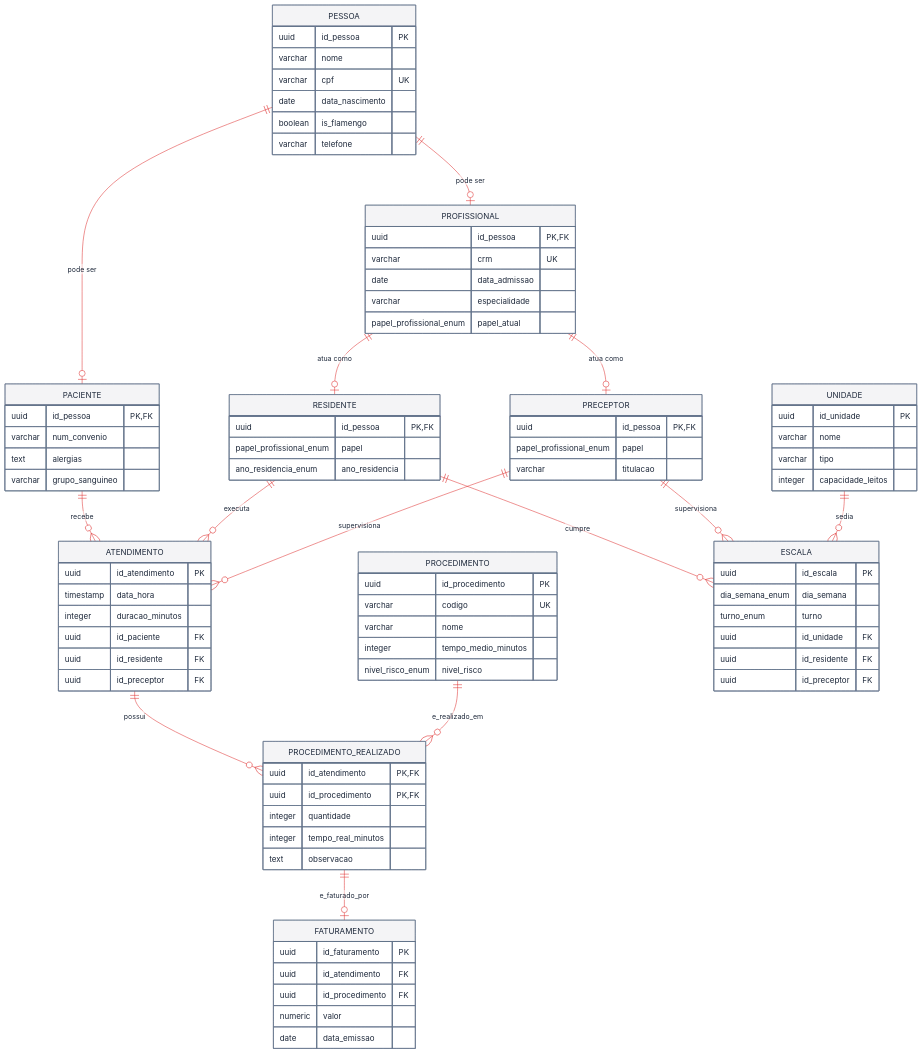
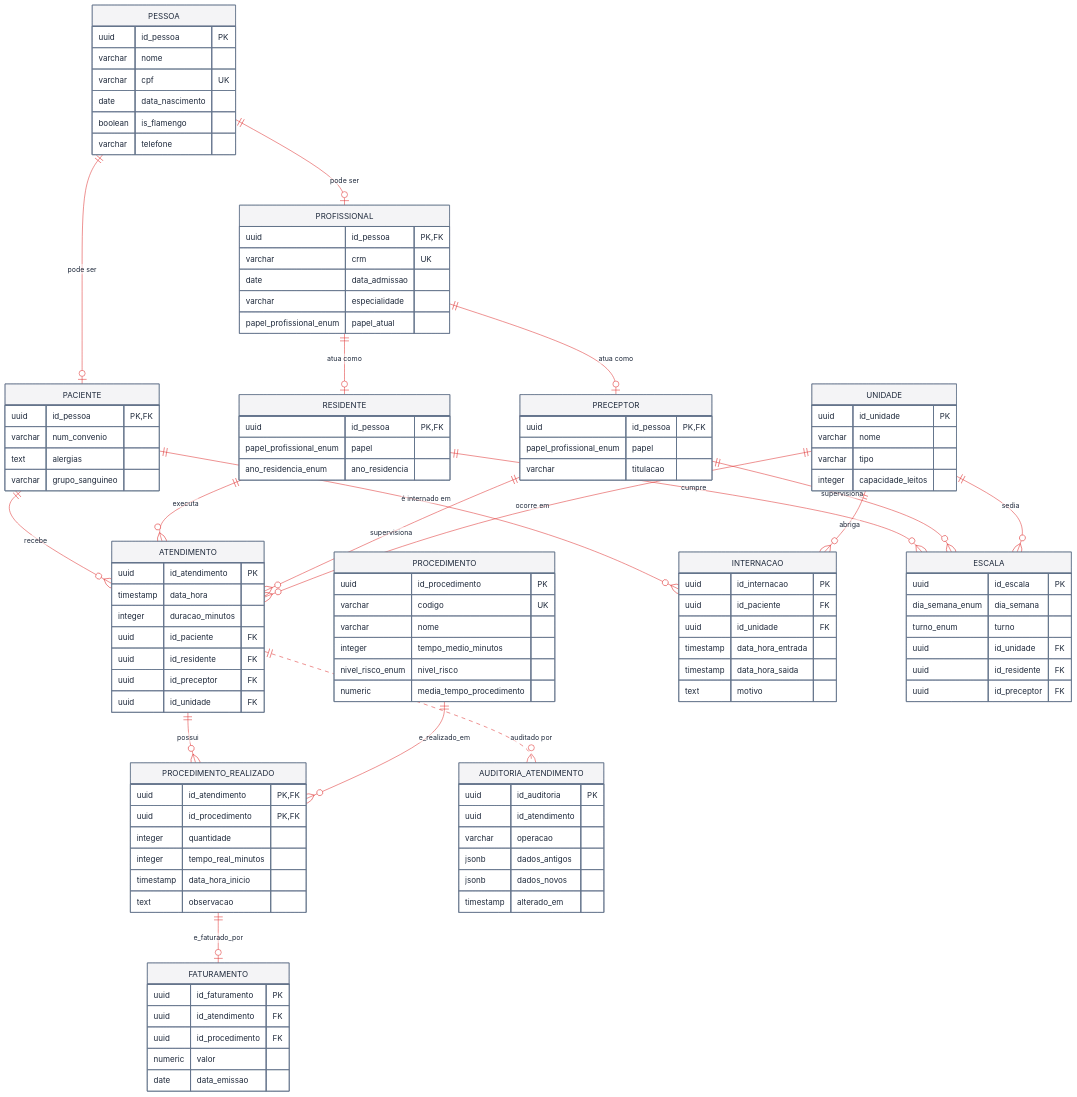
One commit to guilopeszw/hospital-bd changed the diagram in docs/03-modelagem/01-der.md. Above: the diagram before and after it, drawn with Mermaid. The commit also changed other lines of this file and 6 other files, not shown here.

First line of the commit message:
docs(etapa2): documenta procedures, views, triggers, ORM e INTERNACAO

````diff
--- a/docs/03-modelagem/01-der.md
+++ b/docs/03-modelagem/01-der.md
@@ -46,6 +46,7 @@
         uuid id_paciente FK
         uuid id_residente FK
         uuid id_preceptor FK
+        uuid id_unidade FK
     }
 
     PROCEDIMENTO {
@@ -54,6 +55,7 @@
         varchar nome
         integer tempo_medio_minutos
         nivel_risco_enum nivel_risco
+        numeric media_tempo_procedimento
     }
 
     PROCEDIMENTO_REALIZADO {
@@ -61,7 +63,26 @@
         uuid id_procedimento PK, FK
         integer quantidade
         integer tempo_real_minutos
+        timestamp data_hora_inicio
         text observacao
+    }
+
+    INTERNACAO {
+        uuid id_internacao PK
+        uuid id_paciente FK
+        uuid id_unidade FK
+        timestamp data_hora_entrada
+        timestamp data_hora_saida
+        text motivo
+    }
+
+    AUDITORIA_ATENDIMENTO {
+        uuid id_auditoria PK
+        uuid id_atendimento
+        varchar operacao
+        jsonb dados_antigos
+        jsonb dados_novos
+        timestamp alterado_em
     }
 
     FATURAMENTO {
@@ -102,6 +123,7 @@
     PACIENTE ||--o{ ATENDIMENTO : "recebe"
     RESIDENTE ||--o{ ATENDIMENTO : "executa"
     PRECEPTOR ||--o{ ATENDIMENTO : "supervisiona"
+    UNIDADE ||--o{ ATENDIMENTO : "ocorre em"
 
     %% Atendimento N:M Procedimento via tabela associativa
     %% (0,N) e não (1,N): um mínimo de 1 filho não é expressável por FK — exigiria trigger.
@@ -119,4 +141,15 @@
     RESIDENTE ||--o{ ESCALA : "cumpre"
     PRECEPTOR ||--o{ ESCALA : "supervisiona"
     UNIDADE ||--o{ ESCALA : "sedia"
+
+    %% --- Etapa 2 ---
+    %% INTERNACAO: paciente internado numa unidade; saída NULL = ainda internado.
+    PACIENTE ||--o{ INTERNACAO : "é internado em"
+    UNIDADE ||--o{ INTERNACAO : "abriga"
+
+    %% AUDITORIA_ATENDIMENTO é preenchida pelo trigger trg_audita_atendimento.
+    %% NÃO tem FK para ATENDIMENTO de propósito: o log de auditoria sobrevive
+    %% mesmo que o atendimento original seja apagado (por isso a relação é
+    %% tracejada/lógica, não uma FK real).
+    ATENDIMENTO ||..o{ AUDITORIA_ATENDIMENTO : "auditado por"
 ```
````
